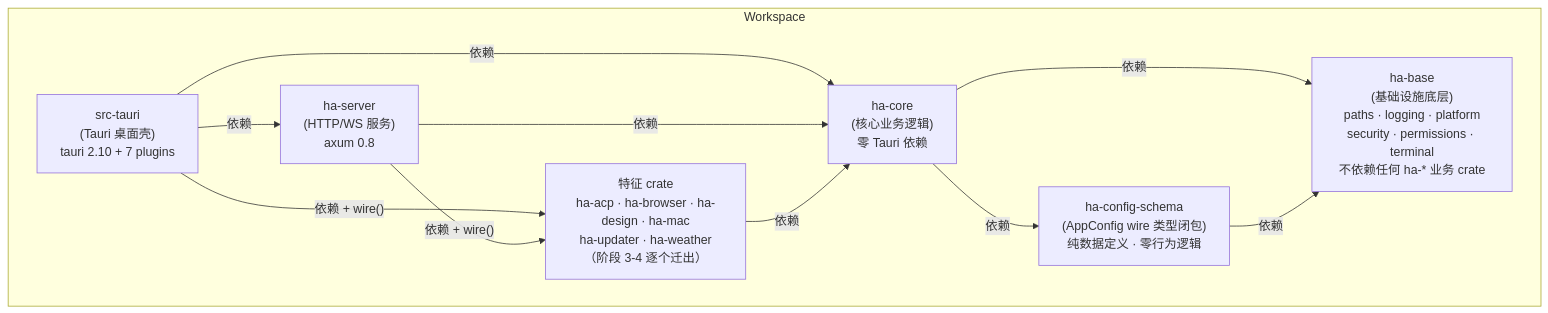
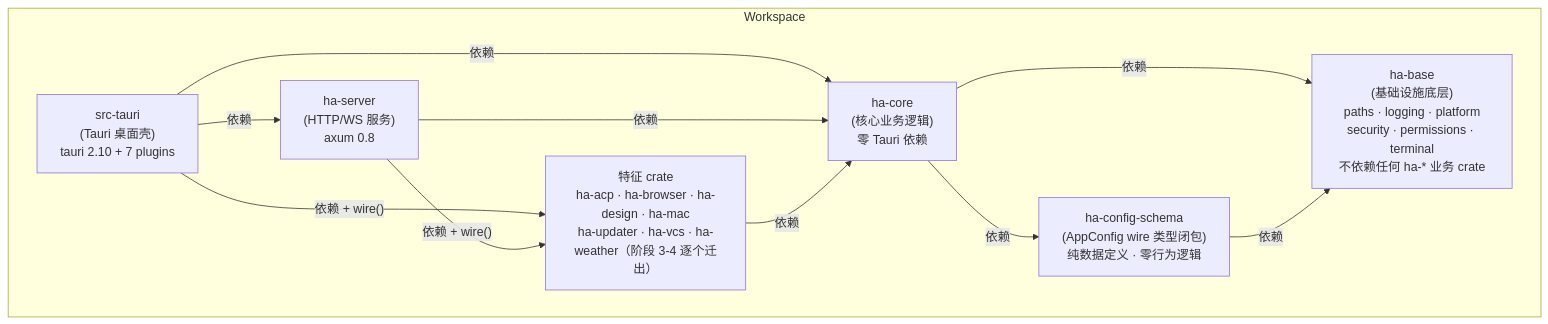
The first of 6 diagrams in docs/architecture/backend-separation.md (shiwenwen/hope-agent), drawn with Mermaid before and after one commit. The commit also changed other lines of this file and 51 other files, not shown here.

````diff
--- a/docs/architecture/backend-separation.md
+++ b/docs/architecture/backend-separation.md
@@ -15,22 +15,22 @@
 ```mermaid
 graph TD
     subgraph Workspace
         HA_TAURI["src-tauri<br/>(Tauri 桌面壳)<br/>tauri 2.10 + 7 plugins"]
         HA_SERVER["ha-server<br/>(HTTP/WS 服务)<br/>axum 0.8"]
-        HA_FEAT["特征 crate<br/>ha-acp · ha-browser · ha-design · ha-mac<br/>ha-updater · ha-weather（阶段 3-4 逐个迁出）"]
+        HA_FEAT["特征 crate<br/>ha-acp · ha-browser · ha-design · ha-mac<br/>ha-updater · ha-vcs · ha-weather（阶段 3-4 逐个迁出）"]
         HA_CORE["ha-core<br/>(核心业务逻辑)<br/>零 Tauri 依赖"]
         HA_SCHEMA["ha-config-schema<br/>(AppConfig wire 类型闭包)<br/>纯数据定义 · 零行为逻辑"]
         HA_BASE["ha-base<br/>(基础设施底层)<br/>paths · logging · platform<br/>security · permissions · terminal<br/>不依赖任何 ha-* 业务 crate"]
     end
 
     HA_TAURI -->|"依赖"| HA_SERVER
     HA_TAURI -->|"依赖 + wire()"| HA_FEAT
     HA_TAURI -->|"依赖"| HA_CORE
     HA_SERVER -->|"依赖 + wire()"| HA_FEAT
     HA_SERVER -->|"依赖"| HA_CORE
     HA_FEAT -->|"依赖"| HA_CORE
     HA_CORE -->|"依赖"| HA_SCHEMA
     HA_CORE -->|"依赖"| HA_BASE
     HA_SCHEMA -->|"依赖"| HA_BASE
 
 ```
````
